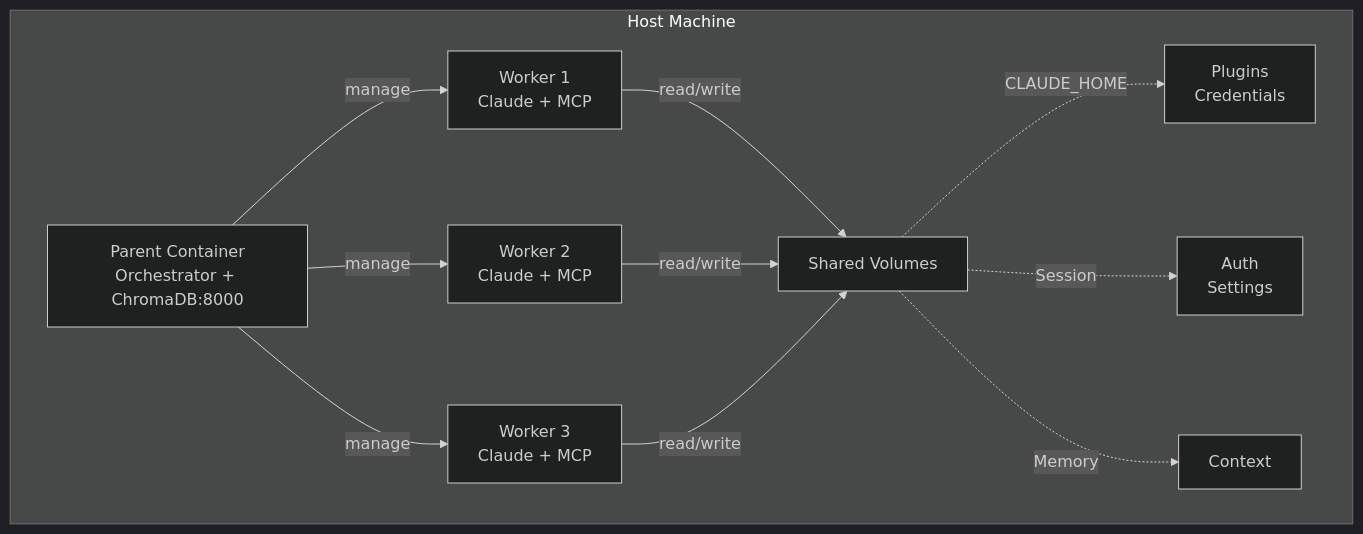
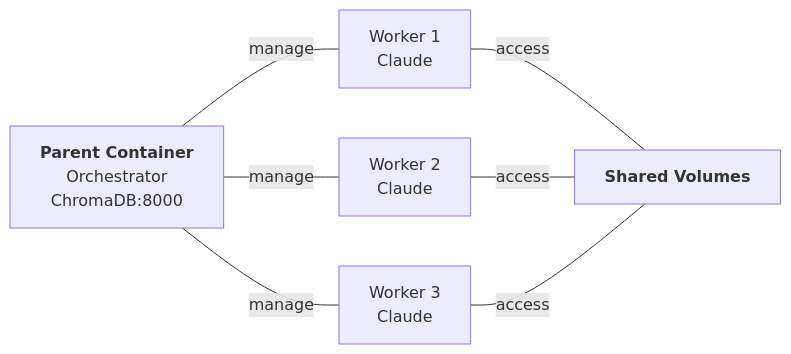
One commit to Hellblazer/hal-9000 changed the diagram in README.md. Above: the diagram before and after it, drawn with Mermaid. The commit also changed 4 other files, not shown here.

First line of the commit message:
docs: Redesign all mermaid diagrams for clarity and clean rendering

````diff
--- a/README.md
+++ b/README.md
@@ -146,25 +146,18 @@
 ```mermaid
-%%{init: {'logLevel': 'error', 'securityLevel': 'loose', 'theme': 'dark', 'primaryColor': '#f0f0f0', 'primaryBorderColor': '#7c0000', 'background': 'white', 'mainBkg': '#f0f0f0', 'secondBkg': '#f0f0f0'}}%%
-graph TB
-    subgraph Host["Host Machine"]
-        Parent["Parent Container<br/>Orchestrator + ChromaDB:8000"]
+graph LR
+    Parent["<b>Parent Container</b><br/>Orchestrator<br/>ChromaDB:8000"]
 
-        W1["Worker 1<br/>Claude + MCP"]
-        W2["Worker 2<br/>Claude + MCP"]
-        W3["Worker 3<br/>Claude + MCP"]
+    W1["Worker 1<br/>Claude"]
+    W2["Worker 2<br/>Claude"]
+    W3["Worker 3<br/>Claude"]
 
-        Parent -->|manage| W1
-        Parent -->|manage| W2
-        Parent -->|manage| W3
+    Vols["<b>Shared Volumes</b>"]
 
-        Vols["Shared Volumes"]
+    Parent ---|manage| W1
+    Parent ---|manage| W2
+    Parent ---|manage| W3
 
-        W1 -->|read/write| Vols
-        W2 -->|read/write| Vols
-        W3 -->|read/write| Vols
-
-        Vols -.->|CLAUDE_HOME| CH["Plugins<br/>Credentials"]
-        Vols -.->|Session| CS["Auth<br/>Settings"]
-        Vols -.->|Memory| MB["Context"]
-    end
+    W1 ---|access| Vols
+    W2 ---|access| Vols
+    W3 ---|access| Vols
 ```
````
